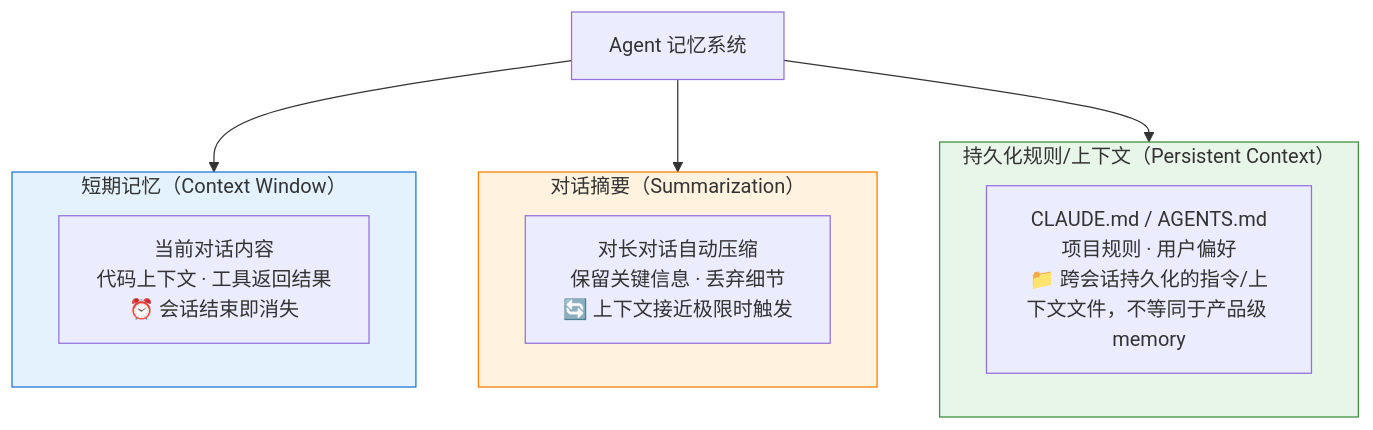
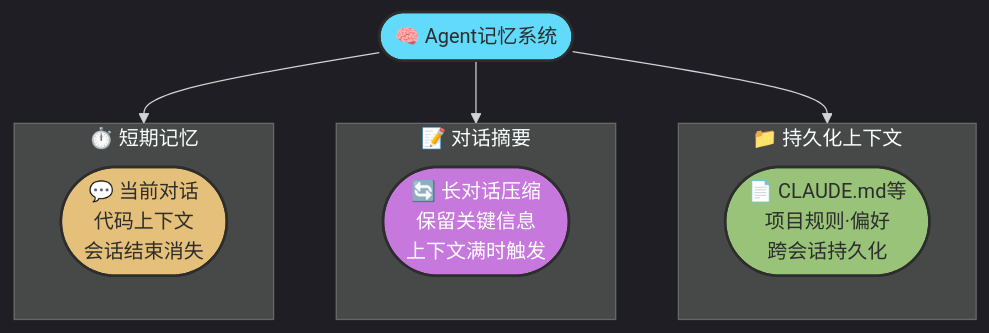
The fourth of 9 diagrams in docs/ch02-concepts/part-2-concepts.md (zht043/AgenticCodingTutorial), drawn with Mermaid before and after one commit. The commit also changed other lines of this file and 53 other files, not shown here.

First line of the commit message:
feat: 重构文档结构，新增章节并优化 mermaid 图表

````diff
--- a/docs/ch02-concepts/part-2-concepts.md
+++ b/docs/ch02-concepts/part-2-concepts.md
@@ -273,24 +143,29 @@
 ```mermaid
+---
+config:
+  theme: dark
+---
 flowchart TB
-    Agent["Agent 记忆系统"]
+    classDef agent fill:#61dafb,stroke:#2d2d2d,stroke-width:2px,color:#2d2d2d
+    classDef stm fill:#e5c07b,stroke:#2d2d2d,stroke-width:2px,color:#2d2d2d
+    classDef mtm fill:#c678dd,stroke:#2d2d2d,stroke-width:2px,color:#fff
+    classDef ltm fill:#98c379,stroke:#2d2d2d,stroke-width:2px,color:#2d2d2d
 
-    subgraph STM["短期记忆（Context Window）"]
-        CW["当前对话内容<br/>代码上下文 · 工具返回结果<br/>⏰ 会话结束即消失"]
+    Agent(["🧠 Agent记忆系统"]):::agent
+
+    subgraph STM["⏱️ 短期记忆"]
+        CW(["💬 当前对话<br/>代码上下文<br/>会话结束消失"]):::stm
     end
 
-    subgraph MTM["对话摘要（Summarization）"]
-        SUM["对长对话自动压缩<br/>保留关键信息 · 丢弃细节<br/>🔄 上下文接近极限时触发"]
+    subgraph MTM["📝 对话摘要"]
+        SUM(["🔄 长对话压缩<br/>保留关键信息<br/>上下文满时触发"]):::mtm
     end
 
-    subgraph LTM["持久化规则/上下文（Persistent Context）"]
-        LM["CLAUDE.md / AGENTS.md<br/>项目规则 · 用户偏好<br/>📁 跨会话持久化的指令/上下文文件，不等同于产品级 memory"]
+    subgraph LTM["📁 持久化上下文"]
+        LM(["📄 CLAUDE.md等<br/>项目规则·偏好<br/>跨会话持久化"]):::ltm
     end
 
     Agent --> STM
     Agent --> MTM
     Agent --> LTM
-
-    style STM fill:#e3f2fd,stroke:#1976d2
-    style MTM fill:#fff3e0,stroke:#f57c00
-    style LTM fill:#e8f5e9,stroke:#388e3c
 ```
````
